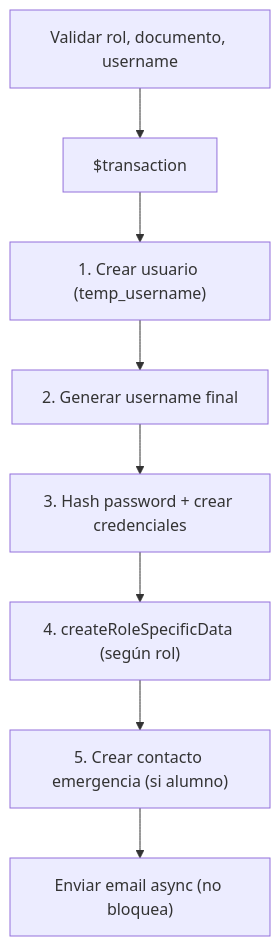
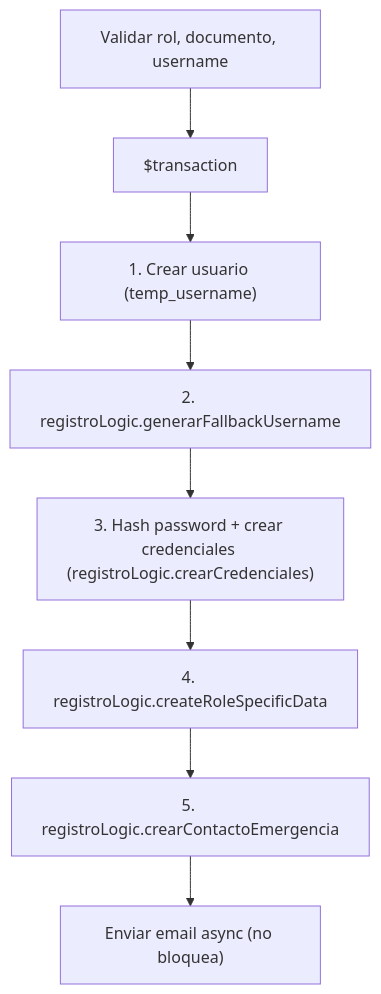
The third of 3 diagrams in src/features/usuarios/USUARIOS.md (Eduardo-VaZu/GemaAcademy-api), drawn with Mermaid before and after one commit. The commit also changed other lines of this file and 15 other files, not shown here.

Commit message:
feat: Implement core authentication and user management modules with services, schemas, and documentation.

````diff
--- a/src/features/usuarios/USUARIOS.md
+++ b/src/features/usuarios/USUARIOS.md
@@ -93,10 +100,10 @@
 ```mermaid
 flowchart TD
     A["Validar rol, documento, username"] --> B["$transaction"]
     B --> C["1. Crear usuario (temp_username)"]
-    C --> D["2. Generar username final"]
-    D --> E["3. Hash password + crear credenciales"]
-    E --> F["4. createRoleSpecificData (según rol)"]
-    F --> G["5. Crear contacto emergencia (si alumno)"]
+    C --> D["2. registroLogic.generarFallbackUsername"]
+    D --> E["3. Hash password + crear credenciales (registroLogic.crearCredenciales)"]
+    E --> F["4. registroLogic.createRoleSpecificData"]
+    F --> G["5. registroLogic.crearContactoEmergencia"]
     G --> H["Enviar email async (no bloquea)"]
 ```
````
